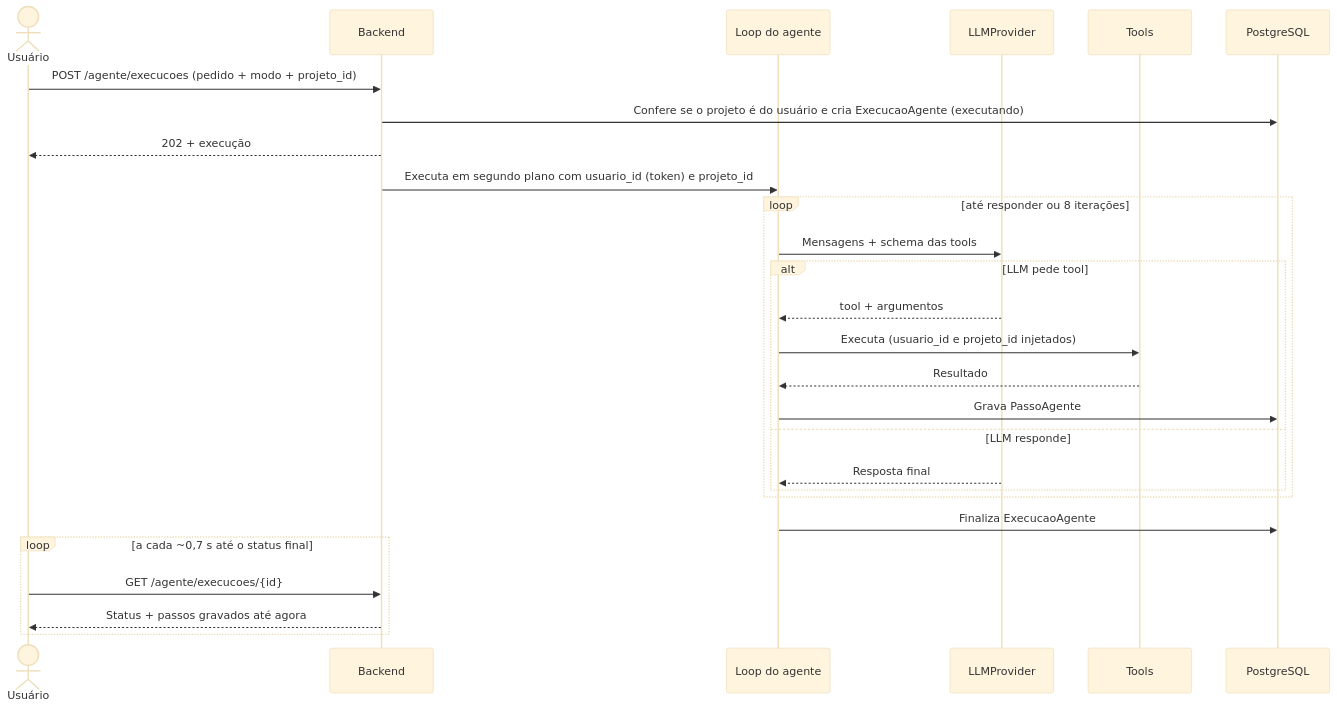
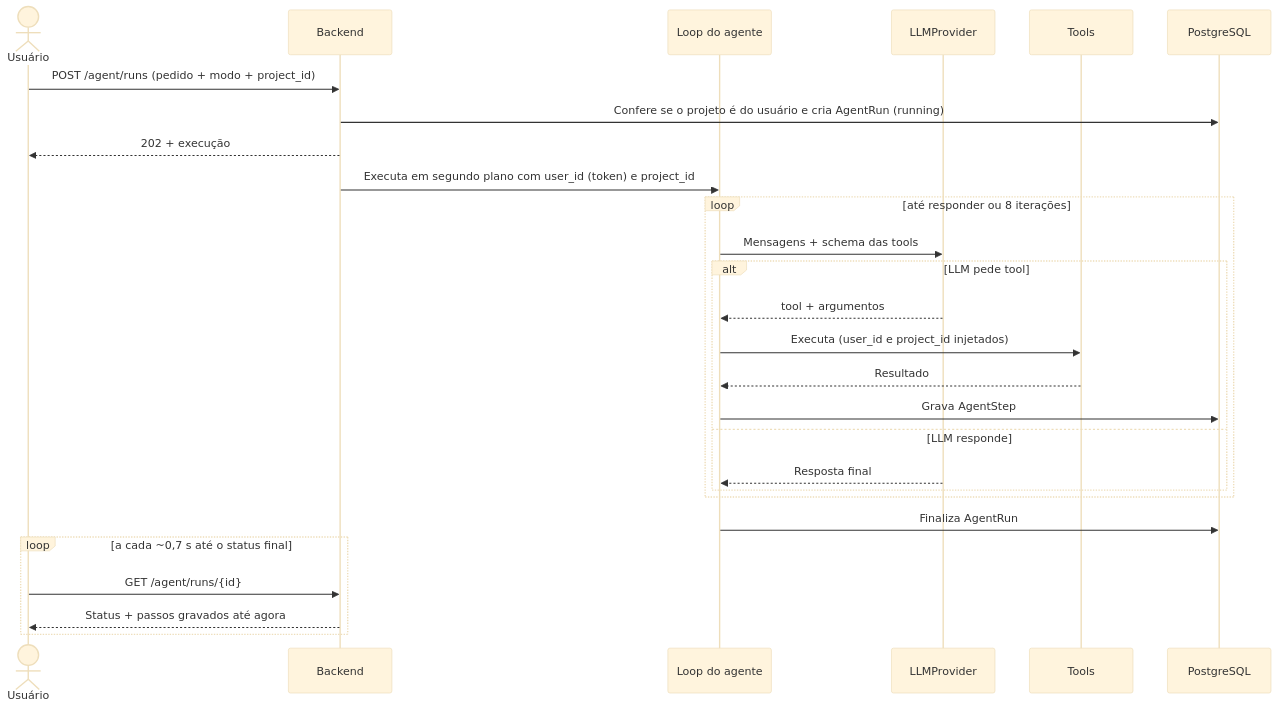
Before and after one commit to JonasRocha189/postpilot-ai: the first of 2 diagrams in _docs/agente-e-rag.md, drawn with Mermaid (base theme). The commit also changed other lines of this file and 27 other files, not shown here.

````diff
--- a/_docs/agente-e-rag.md
+++ b/_docs/agente-e-rag.md
@@ -9,30 +9,30 @@
 ```mermaid
 sequenceDiagram
     actor U as Usuário
     participant API as Backend
     participant A as Loop do agente
     participant LLM as LLMProvider
     participant T as Tools
     participant DB as PostgreSQL
 
-    U->>API: POST /agente/execucoes (pedido + modo + projeto_id)
-    API->>DB: Confere se o projeto é do usuário e cria ExecucaoAgente (executando)
+    U->>API: POST /agent/runs (pedido + modo + project_id)
+    API->>DB: Confere se o projeto é do usuário e cria AgentRun (running)
     API-->>U: 202 + execução
-    API->>A: Executa em segundo plano com usuario_id (token) e projeto_id
+    API->>A: Executa em segundo plano com user_id (token) e project_id
     loop até responder ou 8 iterações
         A->>LLM: Mensagens + schema das tools
         alt LLM pede tool
             LLM-->>A: tool + argumentos
-            A->>T: Executa (usuario_id e projeto_id injetados)
+            A->>T: Executa (user_id e project_id injetados)
             T-->>A: Resultado
-            A->>DB: Grava PassoAgente
+            A->>DB: Grava AgentStep
         else LLM responde
             LLM-->>A: Resposta final
         end
     end
-    A->>DB: Finaliza ExecucaoAgente
+    A->>DB: Finaliza AgentRun
     loop a cada ~0,7 s até o status final
-        U->>API: GET /agente/execucoes/{id}
+        U->>API: GET /agent/runs/{id}
         API-->>U: Status + passos gravados até agora
     end
 ```
````
